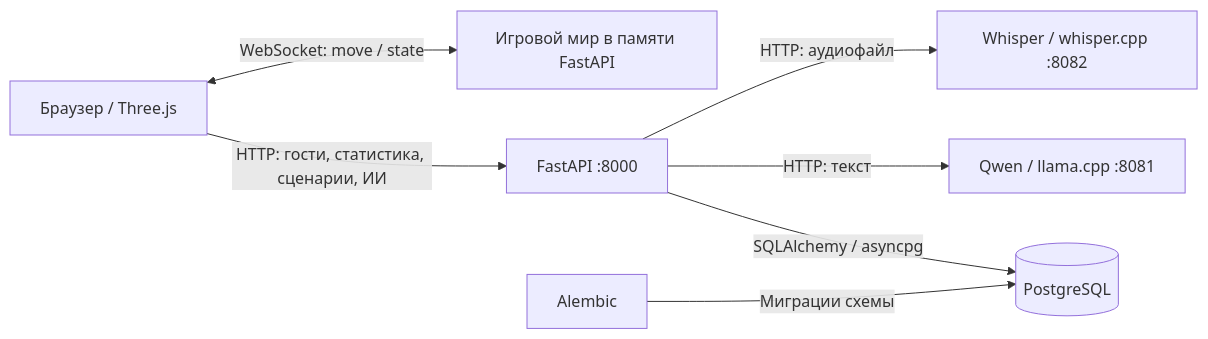
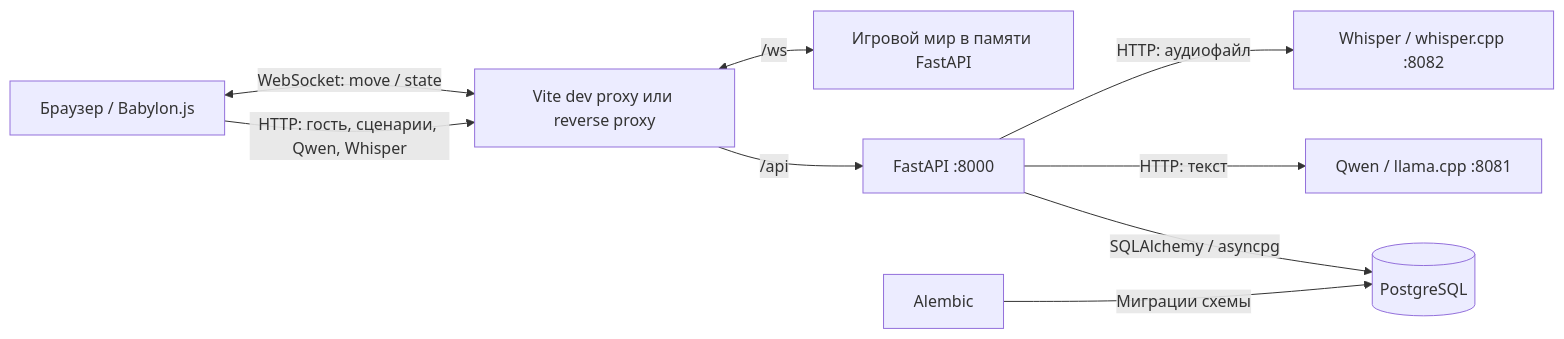
One commit to V1ntester/Hackathon-IU5-2026 changed the first of 2 diagrams in docs/Architecture_And_API.md. Above: the diagram before and after it, drawn with Mermaid. The commit also changed other lines of this file and 15 other files, not shown here.

Commit message:
(+) Integrated frontend with FastAPI: guest connections, WebSocket movement sync, NPC text/audio requests and updated architecture docs

````diff
--- a/docs/Architecture_And_API.md
+++ b/docs/Architecture_And_API.md
@@ -12,9 +16,11 @@
 ```mermaid
 flowchart LR
-    Browser["Браузер / Three.js"] -->|"HTTP: гости, статистика, сценарии, ИИ"| API["FastAPI :8000"]
-    Browser <-->|"WebSocket: move / state"| World["Игровой мир в памяти FastAPI"]
+    Browser["Браузер / Babylon.js"] -->|"HTTP: гость, сценарии, Qwen, Whisper"| Transport["Vite dev proxy или reverse proxy"]
+    Browser <-->|"WebSocket: move / state"| Transport
+    Transport -->|"/api"| API["FastAPI :8000"]
+    Transport <-->|"/ws"| World["Игровой мир в памяти FastAPI"]
     API -->|"SQLAlchemy / asyncpg"| DB[("PostgreSQL")]
     API -->|"HTTP: текст"| Qwen["Qwen / llama.cpp :8081"]
     API -->|"HTTP: аудиофайл"| Whisper["Whisper / whisper.cpp :8082"]
     Migrations["Alembic"] -->|"Миграции схемы"| DB
 ```
````
